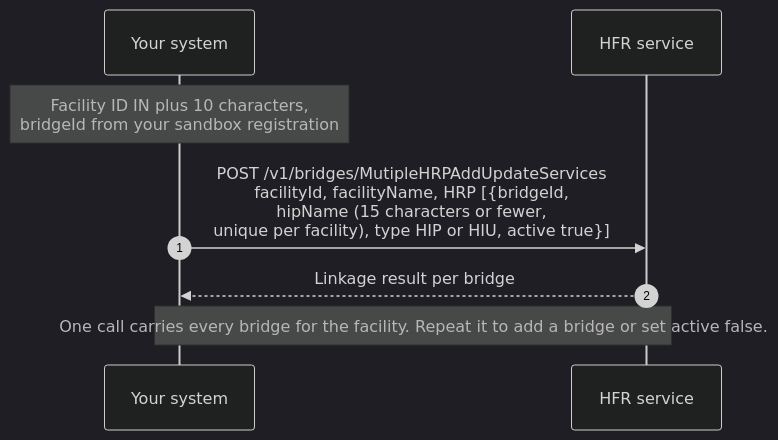
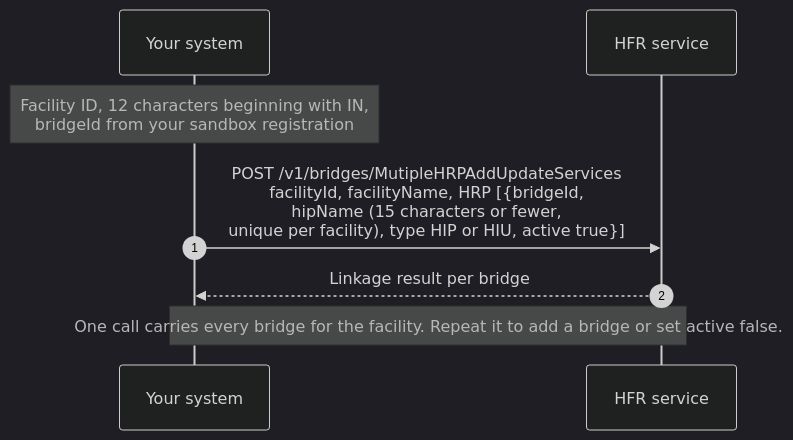
The sixth of 6 diagrams in site/docs/hiecm/v3/milestones/m4.mdx (nha-in/docs), drawn with Mermaid (dark theme) before and after one commit. The commit also changed other lines of this file and 1 other file, not shown here.

First line of the commit message:
docs: M4 keeps NHA's wording and order, and M3 diagrams match the legend

````diff
--- a/site/docs/hiecm/v3/milestones/m4.mdx
+++ b/site/docs/hiecm/v3/milestones/m4.mdx
@@ -329,10 +328,10 @@
 ```mermaid
 sequenceDiagram
     autonumber
     participant S as Your system
     participant H as HFR service
-    Note over S: Facility ID IN plus 10 characters,<br/>bridgeId from your sandbox registration
+    Note over S: Facility ID, 12 characters beginning with IN,<br/>bridgeId from your sandbox registration
     S->>H: POST /v1/bridges/MutipleHRPAddUpdateServices<br/>facilityId, facilityName, HRP [{bridgeId,<br/>hipName (15 characters or fewer,<br/>unique per facility), type HIP or HIU, active true}]
     H-->>S: Linkage result per bridge
     Note over S,H: One call carries every bridge for the facility. Repeat it to add a bridge or set active false.
 ```
````
